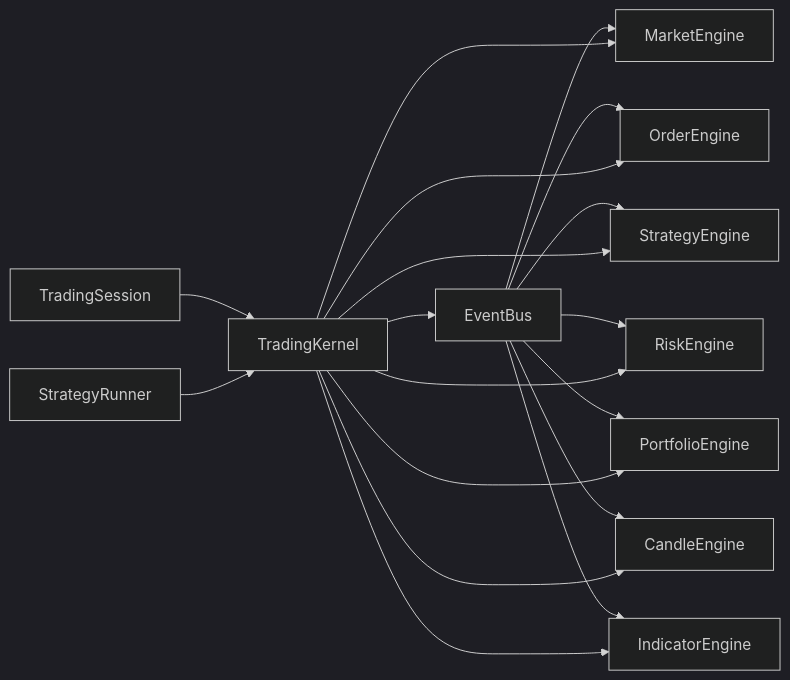
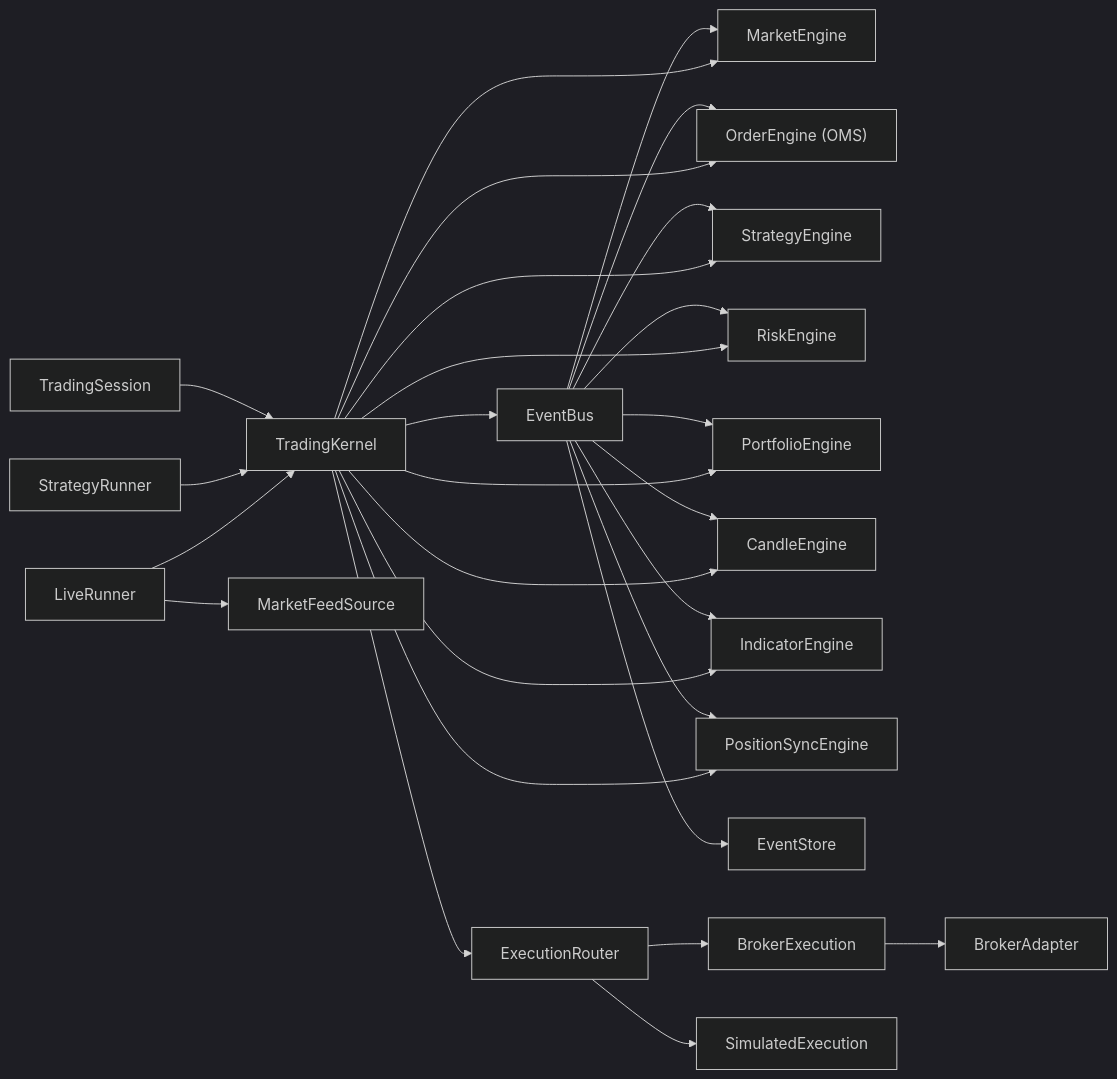
Before and after one commit to Ganesh-Kusundal/nTrade: the eighth of 8 diagrams in .qoder/repowiki/en/content/Architecture Overview/Event-Driven Trading Kernel/Event-Driven Trading Kernel.md, drawn with Mermaid (dark theme). The commit also changed other lines of this file and 2201 other files, not shown here.

Commit message:
Integrate completeness: live runner hardening, broker adapter layers, rate-limiting infrastructure, data pipeline (parquet OHLCV + ingestion scripts), contract testing framework, options analytics, and updated architecture/knowledge docs

````diff
--- a/.qoder/repowiki/en/content/Architecture Overview/Event-Driven Trading Kernel/Event-Driven Trading Kernel.md
+++ b/.qoder/repowiki/en/content/Architecture Overview/Event-Driven Trading Kernel/Event-Driven Trading Kernel.md
@@ -607,20 +686,29 @@
 ```mermaid
 graph LR
 bus["EventBus"] --> me["MarketEngine"]
-bus --> oe["OrderEngine"]
+bus --> oe["OrderEngine (OMS)"]
 bus --> se["StrategyEngine"]
 bus --> re["RiskEngine"]
 bus --> pe["PortfolioEngine"]
 bus --> ce["CandleEngine"]
 bus --> ie["IndicatorEngine"]
+bus --> ps["PositionSyncEngine"]
+bus --> store["EventStore"]
 tk["TradingKernel"] --> bus
 tk --> me
 tk --> oe
 tk --> se
 tk --> re
 tk --> pe
 tk --> ce
 tk --> ie
+tk --> ps
+tk --> router["ExecutionRouter"]
+router --> br["BrokerExecution"]
+router --> sim["SimulatedExecution"]
+br --> broker["BrokerAdapter"]
 ts["TradingSession"] --> tk
 sr["StrategyRunner"] --> tk
+lr["LiveRunner"] --> tk
+lr --> feed["MarketFeedSource"]
 ```
````
